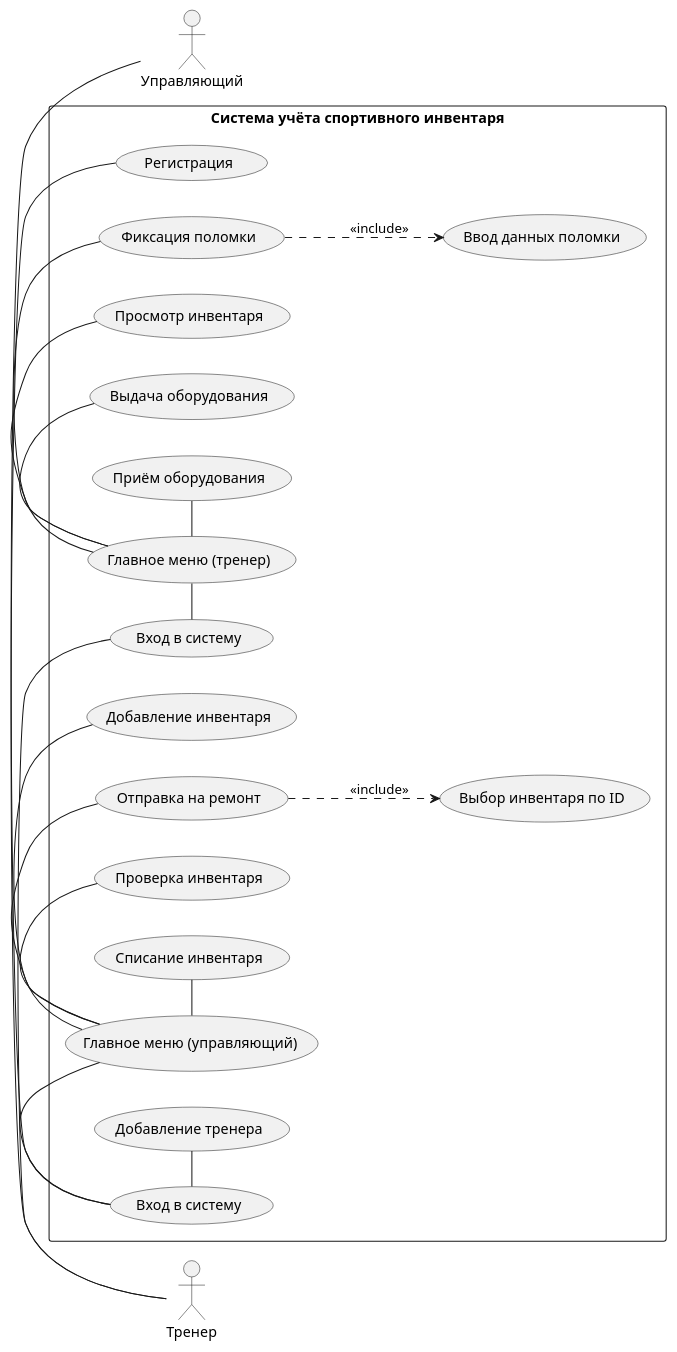
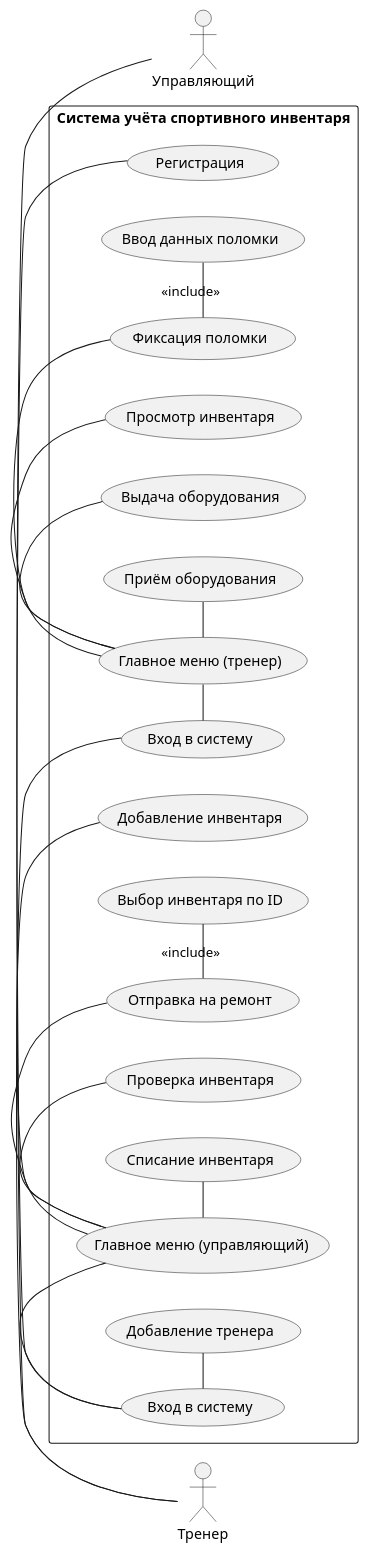
Before and after one commit to salltep/gitExample: the diagram in docs/diagrams/usecase.puml, drawn with PlantUML.

Commit message:
Исправлен usecase.puml

```diff
--- a/docs/diagrams/usecase.puml
+++ b/docs/diagrams/usecase.puml
@@ -1,51 +1,51 @@
 @startuml Usecase
 left to right direction
 skinparam packageStyle rectangle
 
 actor "Тренер" as Trainer
 actor "Управляющий" as Manager
 
 rectangle "Система учёта спортивного инвентаря" {
     usecase "Регистрация" as UC_Reg
     usecase "Вход в систему" as UC_LoginT
     usecase "Вход в систему" as UC_LoginM
 
     usecase "Главное меню (тренер)" as UC_MenuT
     usecase "Главное меню (управляющий)" as UC_MenuM
     usecase "Добавление тренера" as UC_AddTrainer
 
     usecase "Фиксация поломки" as UC_Break
     usecase "Просмотр инвентаря" as UC_View
     usecase "Выдача оборудования" as UC_Give
     usecase "Приём оборудования" as UC_Take
 
     usecase "Добавление инвентаря" as UC_AddItem
     usecase "Отправка на ремонт" as UC_Repair
     usecase "Проверка инвентаря" as UC_Check
     usecase "Списание инвентаря" as UC_WriteOff
 
     usecase "Ввод данных поломки" as UC_BreakData
     usecase "Выбор инвентаря по ID" as UC_SelectId
 }
 
 Trainer - UC_Reg
 Trainer - UC_LoginT
 Manager - UC_LoginM
 
 UC_LoginT - UC_MenuT
 UC_LoginM - UC_MenuM
 UC_LoginM - UC_AddTrainer
 
 UC_MenuT - UC_Break
 UC_MenuT - UC_View
 UC_MenuT - UC_Give
 UC_MenuT - UC_Take
 
 UC_MenuM - UC_AddItem
 UC_MenuM - UC_Repair
 UC_MenuM - UC_Check
 UC_MenuM - UC_WriteOff
 
-UC_Break ..> UC_BreakData : <<include>>
-UC_Repair ..> UC_SelectId : <<include>>
+UC_Break - UC_BreakData : <<include>>
+UC_Repair - UC_SelectId : <<include>>
 @enduml
```
